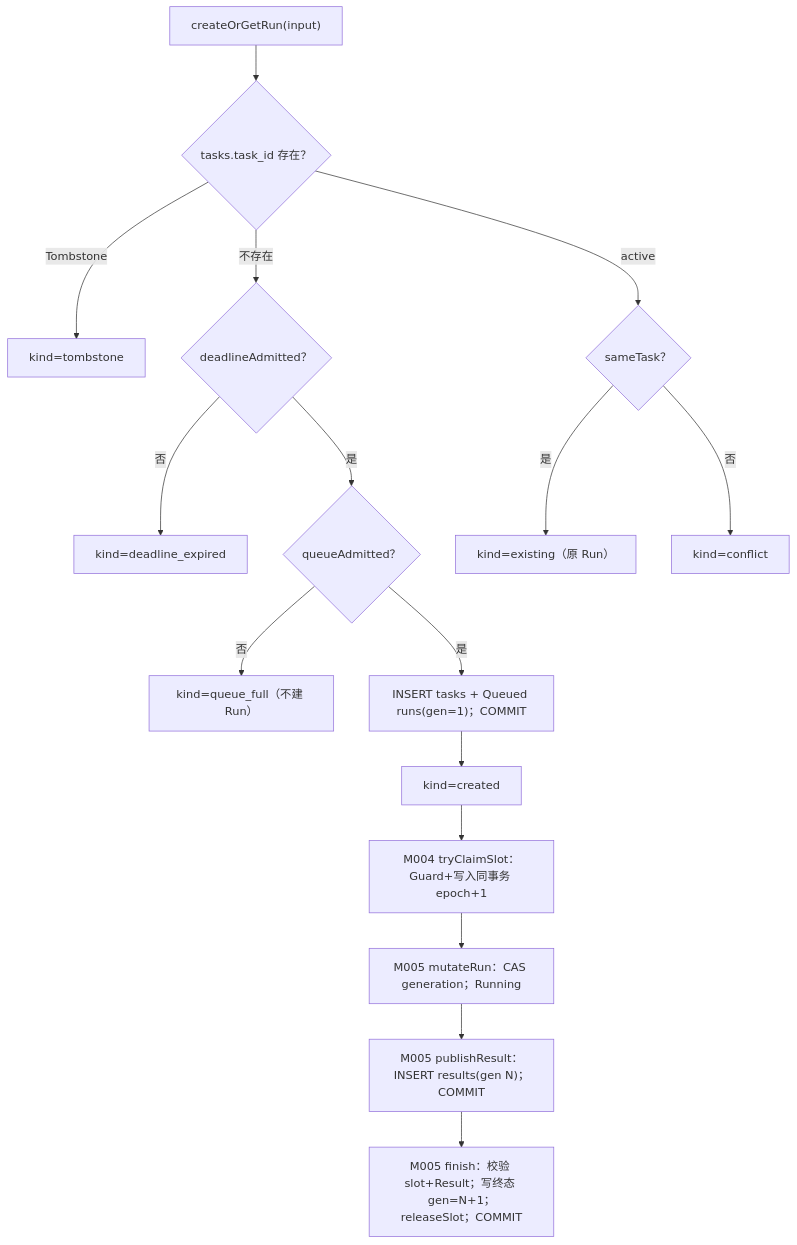
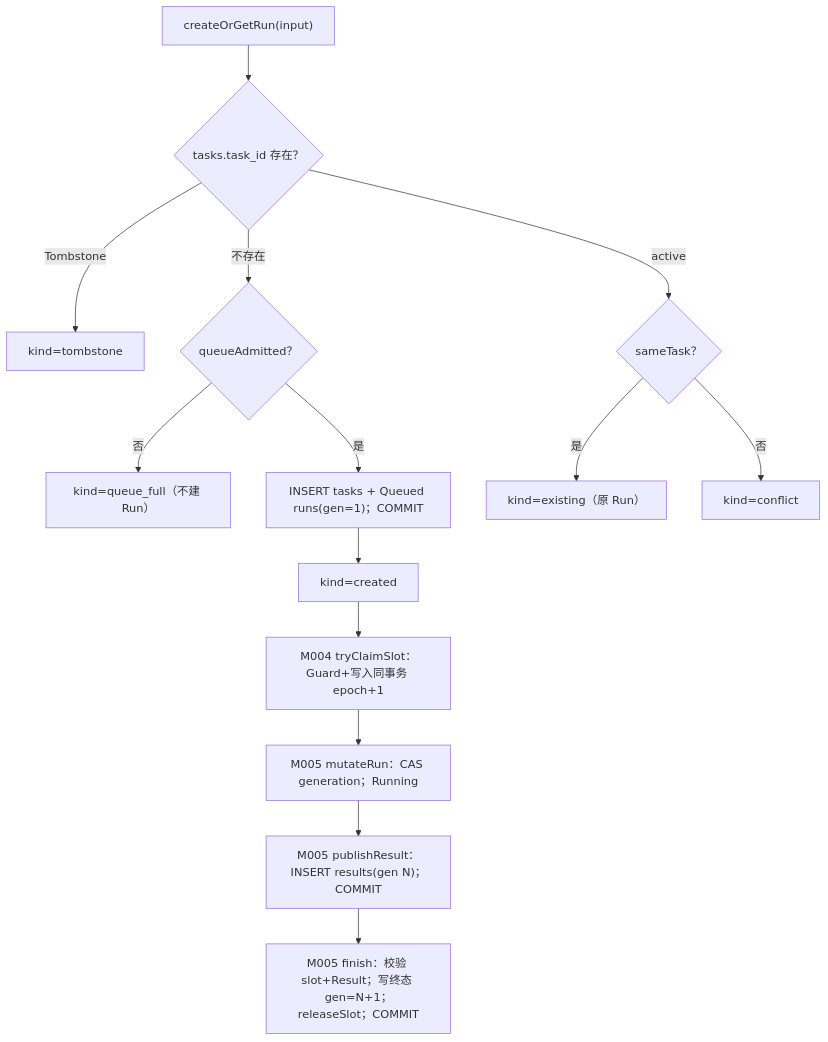
One commit to corezilla/piko changed the second of 2 diagrams in docs/50_implementation_design/piko-task-repository-impl.isd.md. Above: the diagram before and after it, drawn with Mermaid. The commit also changed other lines of this file and 86 other files, not shown here.

````diff
--- a/docs/50_implementation_design/piko-task-repository-impl.isd.md
+++ b/docs/50_implementation_design/piko-task-repository-impl.isd.md
@@ -1219,18 +1217,16 @@
 ```mermaid
 flowchart TD
     A["createOrGetRun(input)"] --> B{"tasks.task_id 存在？"}
     B -->|Tombstone| Z1["kind=tombstone"]
-    B -->|不存在| C{"deadlineAdmitted？"}
-    C -->|否| Z2["kind=deadline_expired"]
-    C -->|是| D{"queueAdmitted？"}
+    B -->|不存在| D{"queueAdmitted？"}
     D -->|否| Z3["kind=queue_full（不建 Run）"]
     D -->|是| E["INSERT tasks + Queued runs(gen=1)；COMMIT"]
     E --> F["kind=created"]
     B -->|active| G{"sameTask？"}
     G -->|是| H["kind=existing（原 Run）"]
     G -->|否| Z4["kind=conflict"]
     F --> I["M004 tryClaimSlot：Guard+写入同事务 epoch+1"]
     I --> J["M005 mutateRun：CAS generation；Running"]
     J --> K["M005 publishResult：INSERT results(gen N)；COMMIT"]
     K --> L["M005 finish：校验 slot+Result；写终态 gen=N+1；releaseSlot；COMMIT"]
 ```
````
